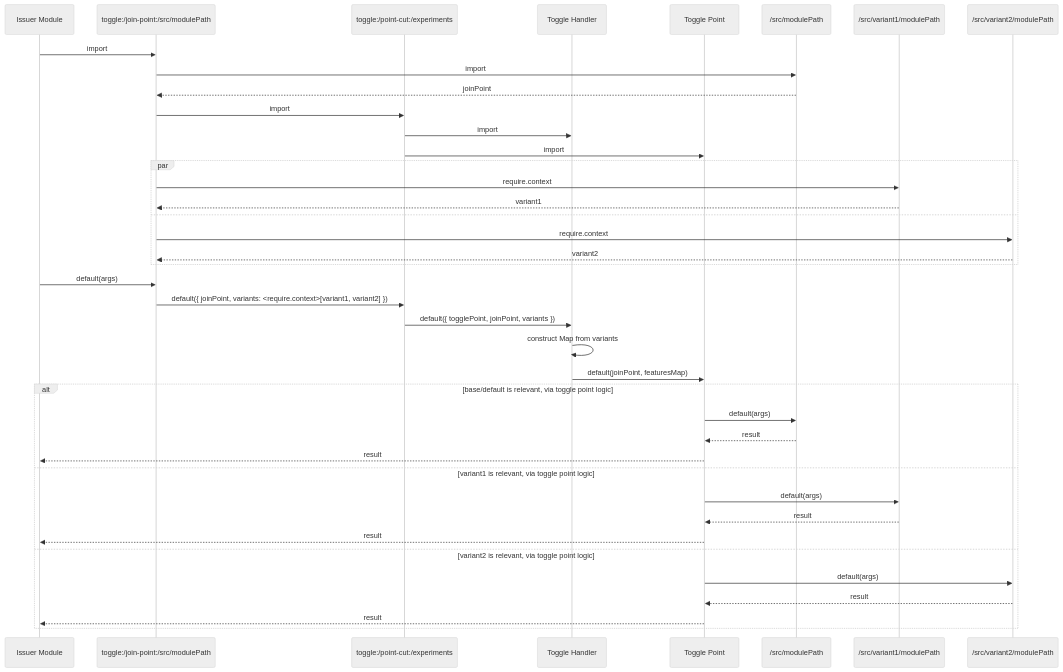
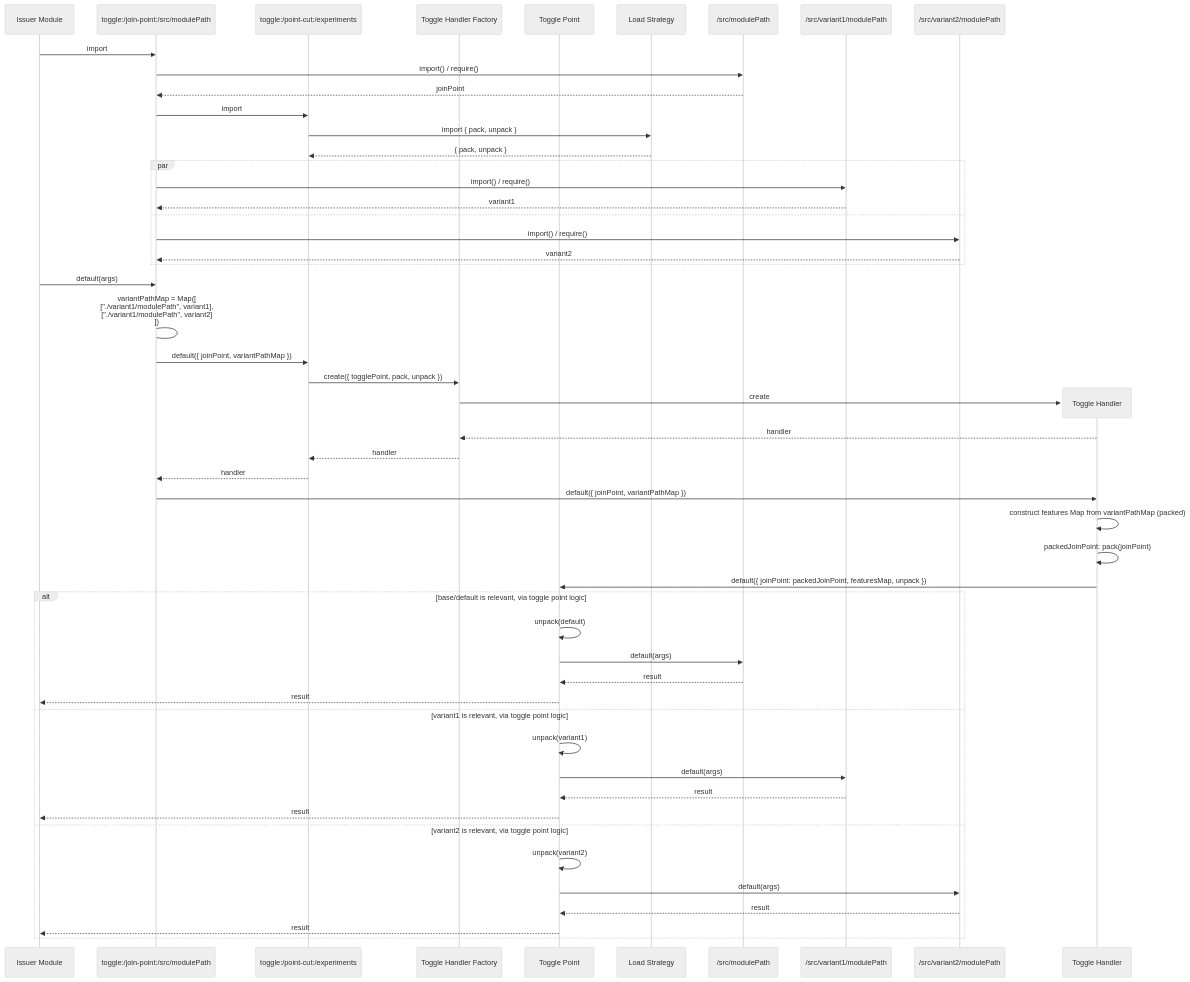
One commit to TomStrepsil/web-toggle-point changed the diagram in packages/webpack/docs/README.md. Above: the diagram before and after it, drawn with Mermaid (neutral theme). The commit also changed other lines of this file, not shown here.

Commit message:
update webpack docs

````diff
--- a/packages/webpack/docs/README.md
+++ b/packages/webpack/docs/README.md
@@ -224,43 +230,55 @@
 ```mermaid
 sequenceDiagram
   participant issuer as Issuer Module
   participant joinPoint as toggle:/join-point:/src/modulePath
   participant pointCut as toggle:/point-cut:/experiments
-  participant handler as Toggle Handler
+  participant handlerFactory as Toggle Handler Factory
   participant togglePoint as Toggle Point
+  participant loadStrategy as Load Strategy
   participant default as /src/modulePath
   participant variant1 as /src/variant1/modulePath
   participant variant2 as /src/variant2/modulePath
 
   issuer ->> joinPoint: import
-  joinPoint ->> default: import
+  joinPoint ->> default: import() / require() 
   default -->> joinPoint: joinPoint
   joinPoint ->> pointCut: import
-  pointCut ->> handler: import
-  pointCut ->> togglePoint: import
+  pointCut ->> loadStrategy: import { pack, unpack }
+  loadStrategy -->> pointCut: { pack, unpack }
   par
-    joinPoint ->> variant1: require.context
+    joinPoint ->> variant1: import() / require() 
     variant1 -->> joinPoint: variant1
   and
-    joinPoint ->> variant2: require.context
+    joinPoint ->> variant2: import() / require() 
     variant2 -->> joinPoint: variant2
   end
   issuer ->> joinPoint: default(args)
-  joinPoint ->> pointCut: default({ joinPoint, variants: <require.context>[variant1, variant2] })
-  pointCut ->> handler: default({ togglePoint, joinPoint, variants })
-  handler ->> handler: construct Map from variants
-  handler ->> togglePoint: default(joinPoint, featuresMap)
+  joinPoint -> joinPoint: variantPathMap = Map([<br>["./variant1/modulePath", variant1],<br>["./variant1/modulePath", variant2]<br>])
+  joinPoint ->> pointCut: default({ joinPoint, variantPathMap })
+  pointCut ->> handlerFactory: create({ togglePoint, pack, unpack })
+  create participant handler as Toggle Handler
+  handlerFactory ->> handler: create
+  handler -->> handlerFactory: handler
+  handlerFactory -->> pointCut: handler
+  pointCut -->> joinPoint: handler
+  joinPoint ->> handler: default({ joinPoint, variantPathMap })
+  handler ->> handler: construct features Map from variantPathMap (packed)
+  handler ->> handler: packedJoinPoint: pack(joinPoint)
+  handler ->> togglePoint: default({ joinPoint: packedJoinPoint, featuresMap, unpack })
   alt base/default is relevant, via toggle point logic
+    togglePoint ->> togglePoint: unpack(default)
     togglePoint ->> default: default(args)
     default -->> togglePoint: result
     togglePoint -->> issuer: result
   else variant1 is relevant, via toggle point logic
+    togglePoint ->> togglePoint: unpack(variant1)
     togglePoint ->> variant1: default(args)
     variant1 -->> togglePoint: result
     togglePoint -->> issuer: result
   else variant2 is relevant, via toggle point logic
+    togglePoint ->> togglePoint: unpack(variant2)
     togglePoint ->> variant2: default(args)
     variant2 -->> togglePoint: result
     togglePoint -->> issuer: result
   end
 ```
````
